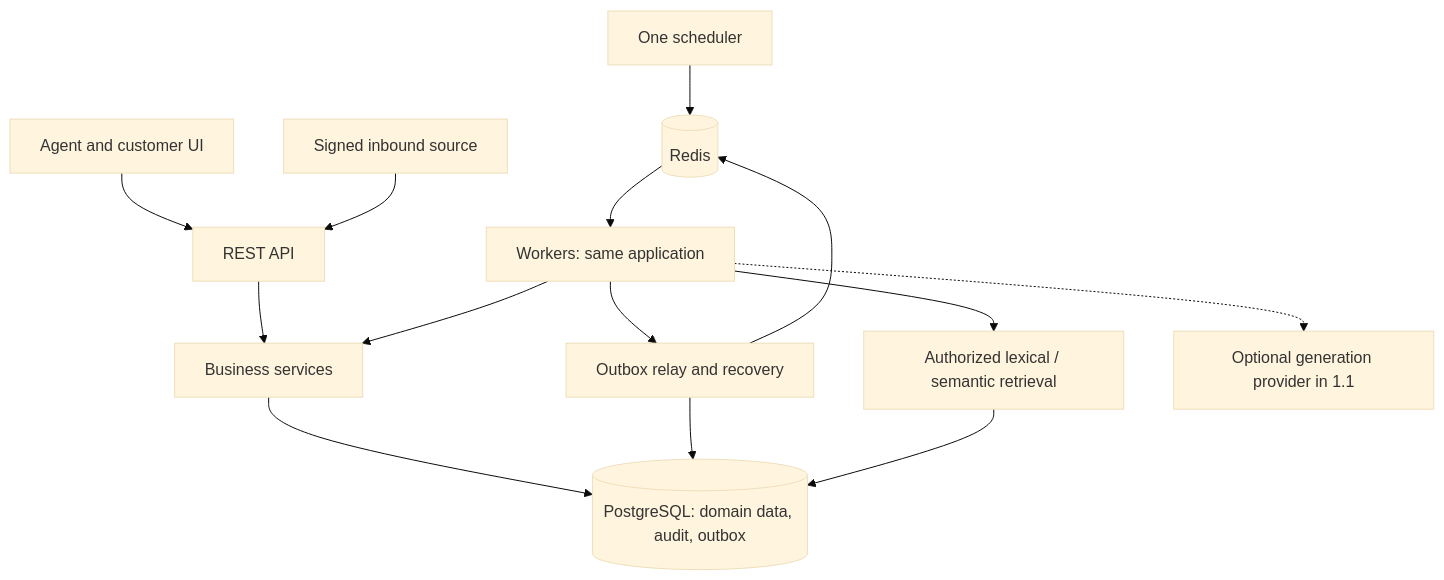
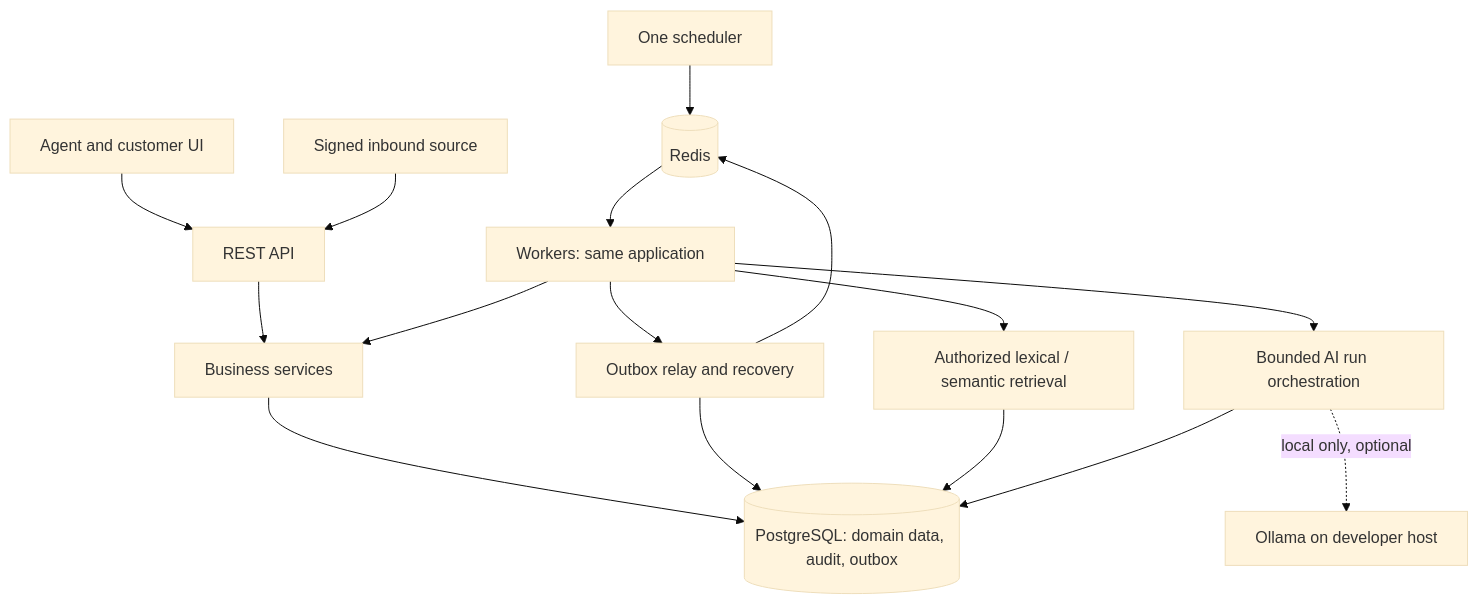
One commit to ree1o/SupportFlowAI changed the second of 2 diagrams in docs/architecture.md. Above: the diagram before and after it, drawn with Mermaid (base theme). The commit also changed other lines of this file and 64 other files, not shown here.

````diff
--- a/docs/architecture.md
+++ b/docs/architecture.md
@@ -75,16 +77,18 @@
 ```mermaid
 flowchart TB
     UI[Agent and customer UI] --> API[REST API]
     Sources[Signed inbound source] --> API
     API --> Services[Business services]
     Services --> DB[(PostgreSQL: domain data, audit, outbox)]
     Beat[One scheduler] --> Redis[(Redis)]
     Redis --> Workers[Workers: same application]
     Workers --> Services
     Workers --> Relay[Outbox relay and recovery]
     Relay --> DB
     Relay --> Redis
     Workers --> Retrieval[Authorized lexical / semantic retrieval]
     Retrieval --> DB
-    Workers -.-> LLM[Optional generation provider in 1.1]
+    Workers --> AIRuns[Bounded AI run orchestration]
+    AIRuns --> DB
+    AIRuns -.->|local only, optional| Ollama[Ollama on developer host]
 ```
````
